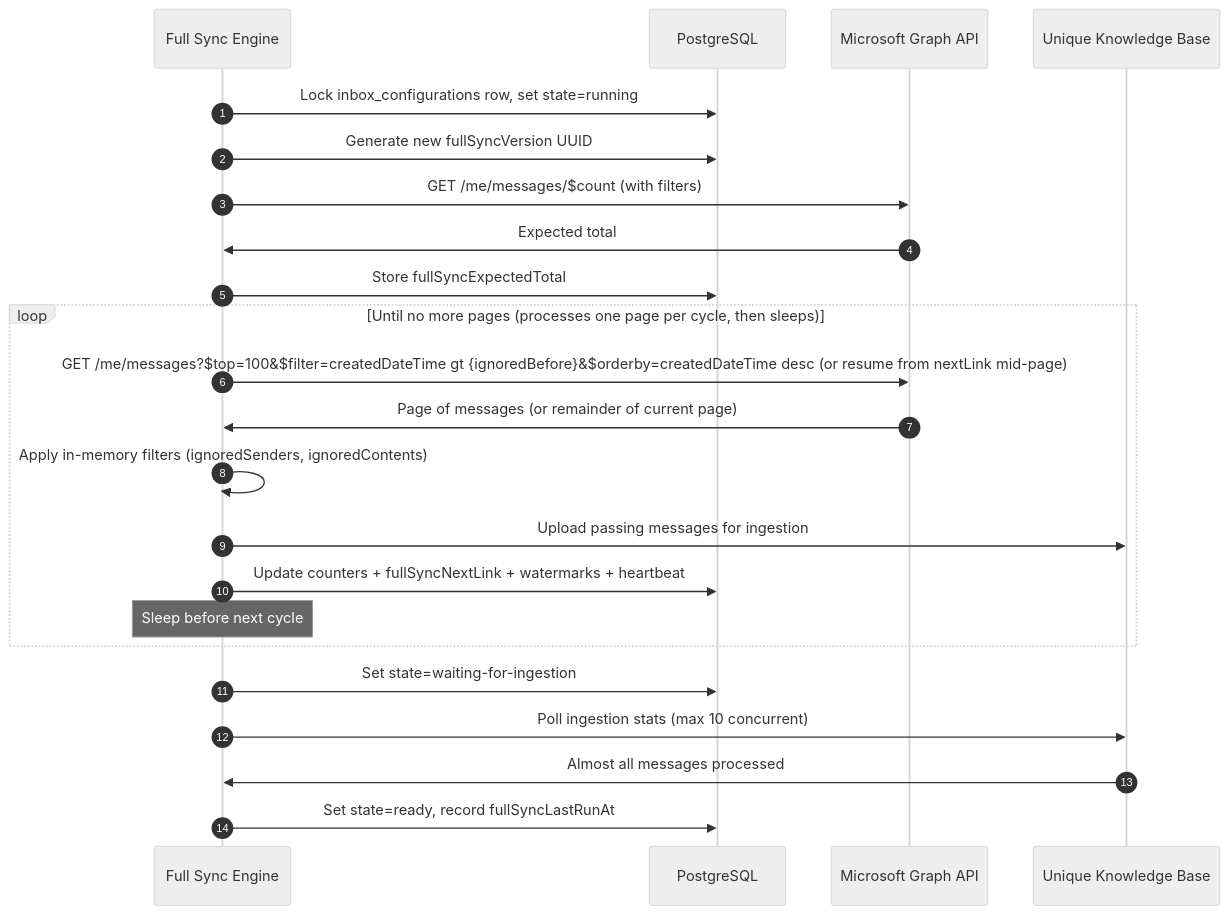
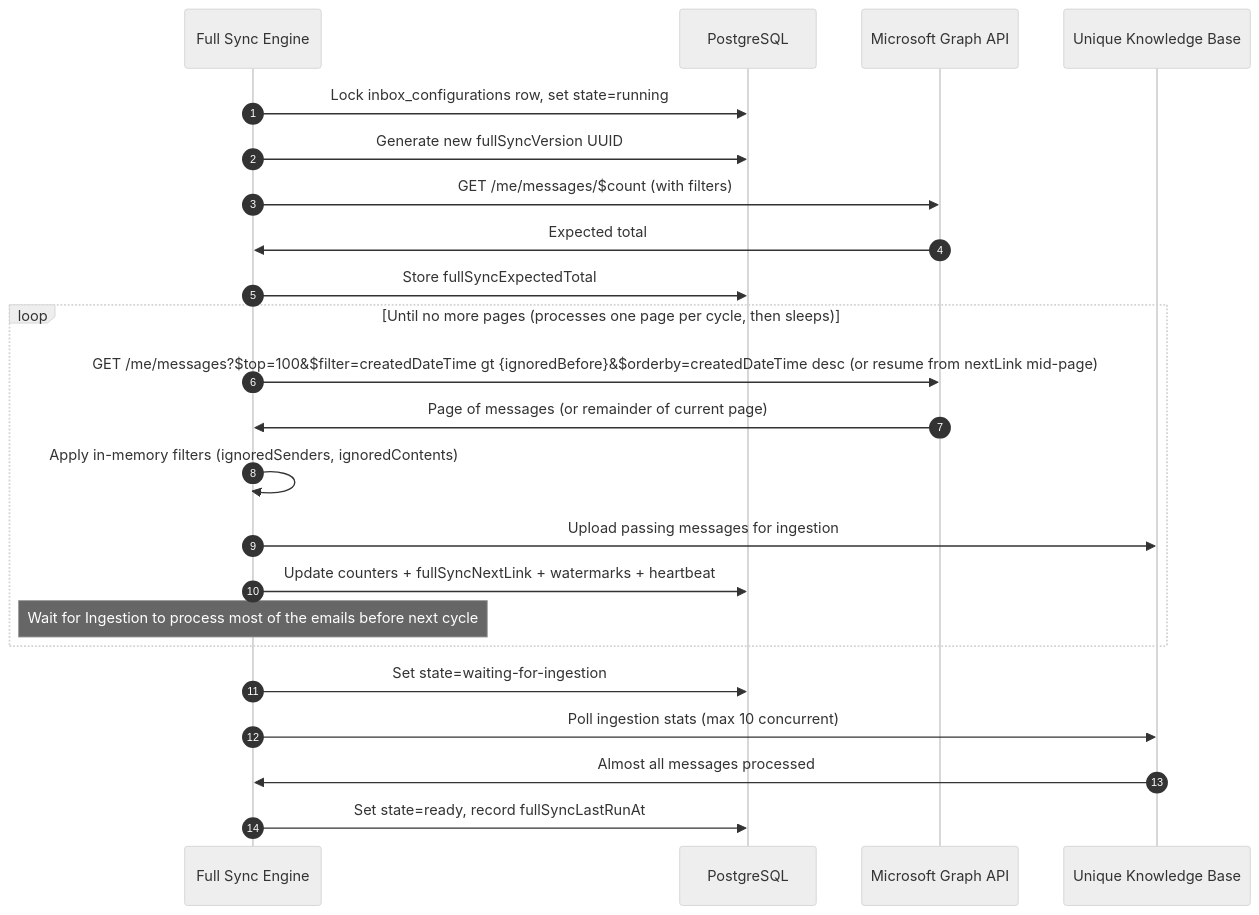
One commit to Unique-AG/connectors changed the second of 2 diagrams in services/outlook-semantic-mcp/docs/technical/full-sync.md. Above: the diagram before and after it, drawn with Mermaid.

````diff
--- a/services/outlook-semantic-mcp/docs/technical/full-sync.md
+++ b/services/outlook-semantic-mcp/docs/technical/full-sync.md
@@ -66,29 +66,29 @@
 ```mermaid
 %%{init: {'theme': 'neutral', 'themeVariables': { 'fontSize': '14px' }}}%%
 sequenceDiagram
     autonumber
     participant FullSync as Full Sync Engine
     participant DB as PostgreSQL
     participant MSGraph as Microsoft Graph API
     participant UniqueKB as Unique Knowledge Base
 
     FullSync->>DB: Lock inbox_configurations row, set state=running
     FullSync->>DB: Generate new fullSyncVersion UUID
     FullSync->>MSGraph: GET /me/messages/$count (with filters)
     MSGraph->>FullSync: Expected total
     FullSync->>DB: Store fullSyncExpectedTotal
 
     loop Until no more pages (processes one page per cycle, then sleeps)
         FullSync->>MSGraph: GET /me/messages?$top=100&$filter=createdDateTime gt {ignoredBefore}&$orderby=createdDateTime desc (or resume from nextLink mid-page)
         MSGraph->>FullSync: Page of messages (or remainder of current page)
         FullSync->>FullSync: Apply in-memory filters (ignoredSenders, ignoredContents)
         FullSync->>UniqueKB: Upload passing messages for ingestion
         FullSync->>DB: Update counters + fullSyncNextLink + watermarks + heartbeat
-        Note over FullSync: Sleep before next cycle
+        Note over FullSync: Wait for Ingestion to process most of the emails before next cycle
     end
 
     FullSync->>DB: Set state=waiting-for-ingestion
     FullSync->>UniqueKB: Poll ingestion stats (max 10 concurrent)
     UniqueKB->>FullSync: Almost all messages processed
     FullSync->>DB: Set state=ready, record fullSyncLastRunAt
 ```
````
